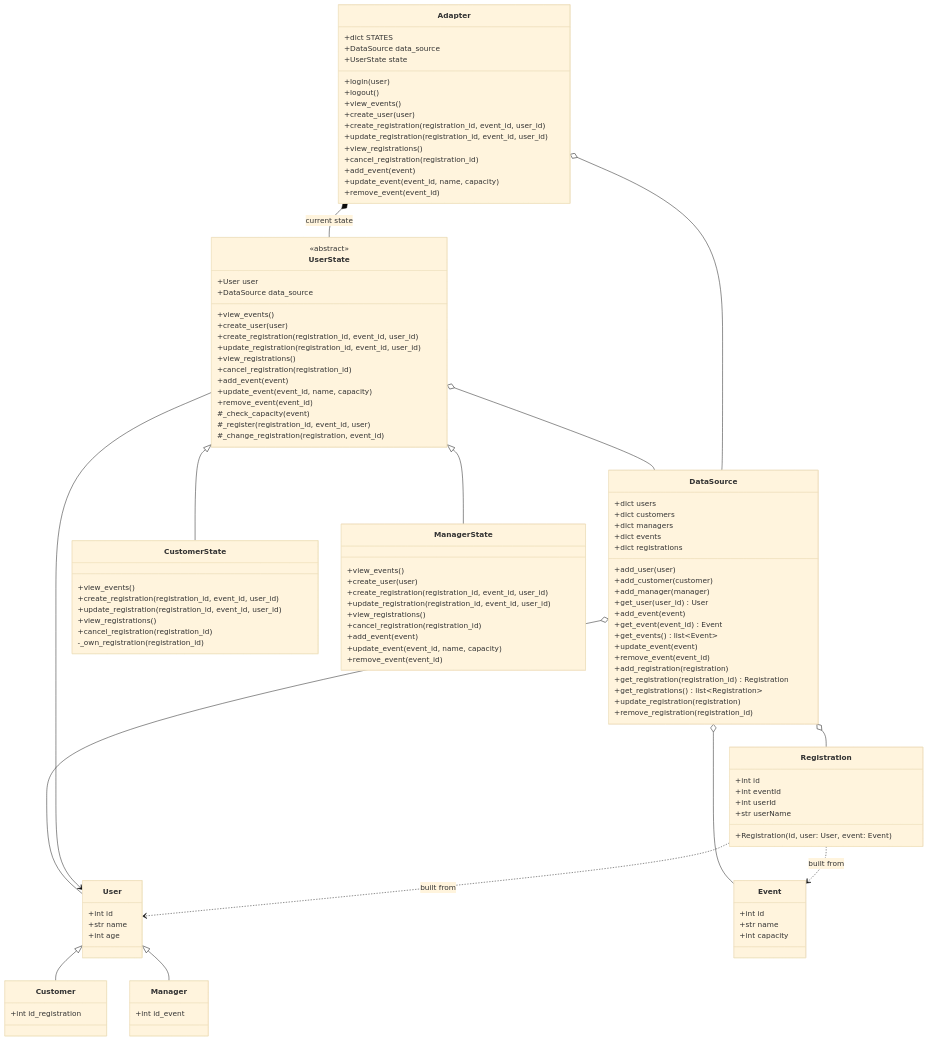
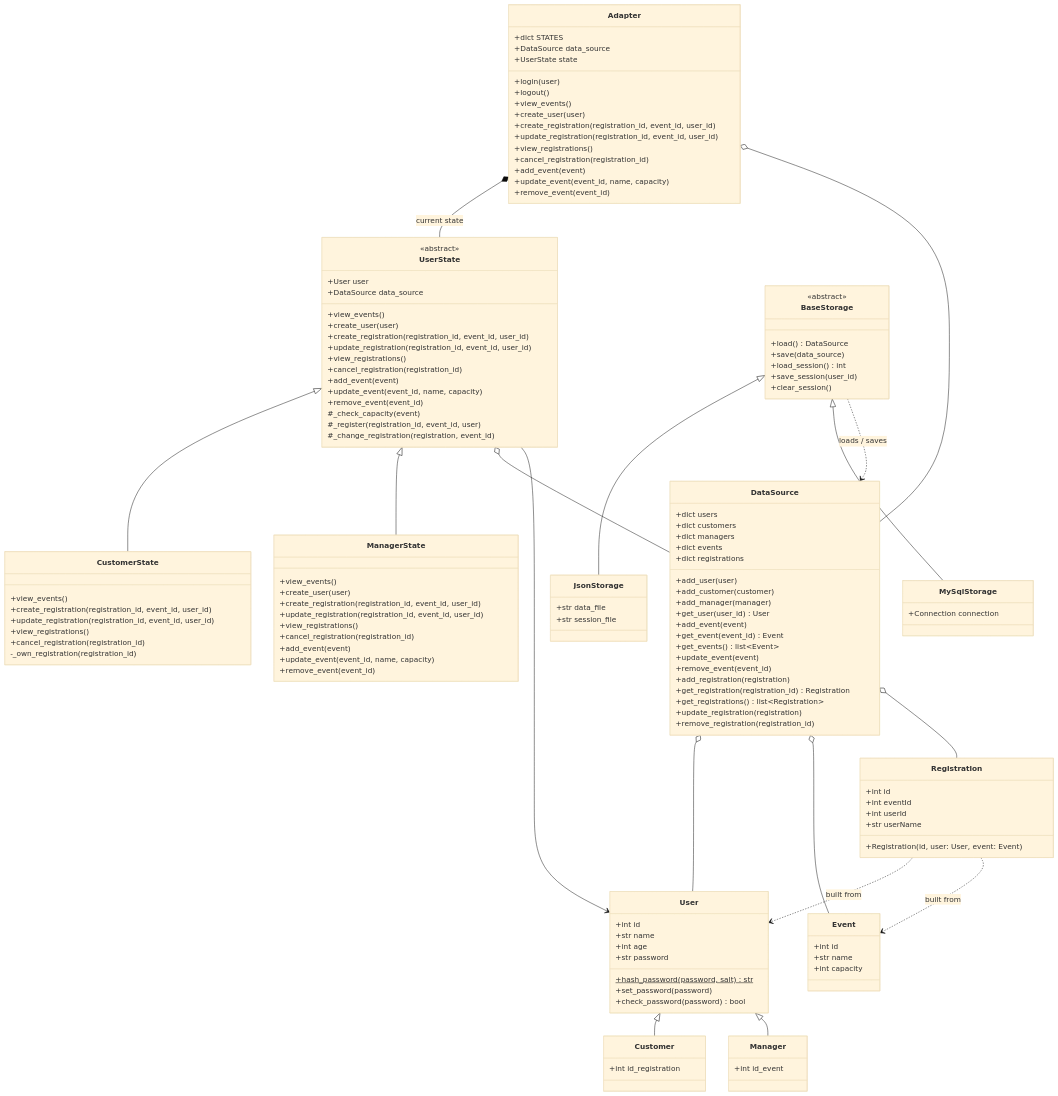
The first of 2 diagrams in README.md (pdramoss/UNIBZ_M2_CI_PROJECT), drawn with Mermaid (base theme) before and after one commit. The commit also changed other lines of this file and 15 other files, not shown here.

````diff
--- a/README.md
+++ b/README.md
@@ -13,6 +13,10 @@
         +int id
         +str name
         +int age
+        +str password
+        +hash_password(password, salt)$ str
+        +set_password(password)
+        +check_password(password) bool
     }
     class Customer {
         +int id_registration
@@ -105,6 +109,21 @@
         +update_event(event_id, name, capacity)
         +remove_event(event_id)
     }
+    class BaseStorage {
+        <<abstract>>
+        +load() DataSource
+        +save(data_source)
+        +load_session() int
+        +save_session(user_id)
+        +clear_session()
+    }
+    class JsonStorage {
+        +str data_file
+        +str session_file
+    }
+    class MySqlStorage {
+        +Connection connection
+    }
 
     User <|-- Customer
     User <|-- Manager
@@ -119,4 +138,7 @@
     DataSource o-- User
     DataSource o-- Event
     DataSource o-- Registration
+    BaseStorage <|-- JsonStorage
+    BaseStorage <|-- MySqlStorage
+    BaseStorage ..> DataSource : loads / saves
 ```
````
